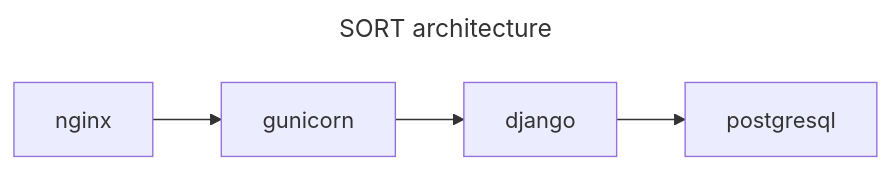
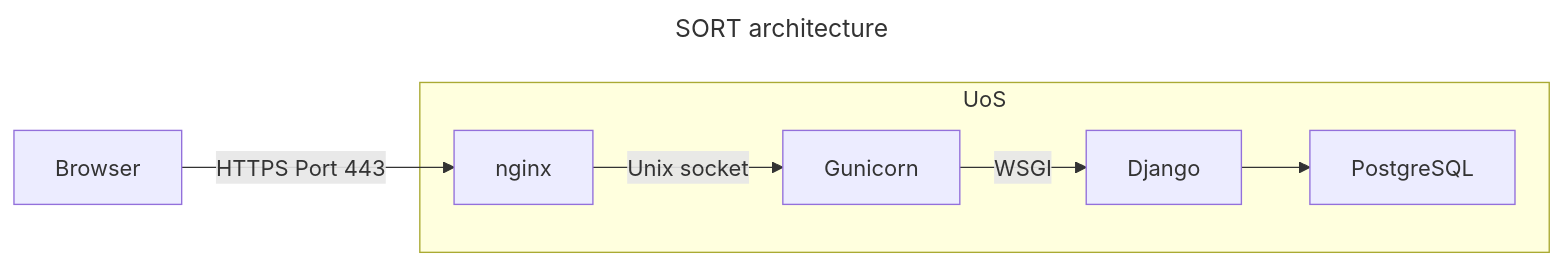
Before and after one commit to RSE-Sheffield/SORT: the diagram in docs/deployment.md, drawn with Mermaid. The commit also changed other lines of this file and 5 other files, not shown here.

````diff
--- a/docs/deployment.md
+++ b/docs/deployment.md
@@ -5,9 +5,12 @@
 ```mermaid
 ---
 title: SORT architecture
 ---
 flowchart LR
-nginx --> gunicorn
-gunicorn --> django
-django --> postgresql
+Browser -- "HTTPS Port 443" --> nginx
+subgraph UoS
+nginx -- "Unix socket" --> Gunicorn
+Gunicorn -- "WSGI" --> Django
+Django --> PostgreSQL
+end
 ```
````
